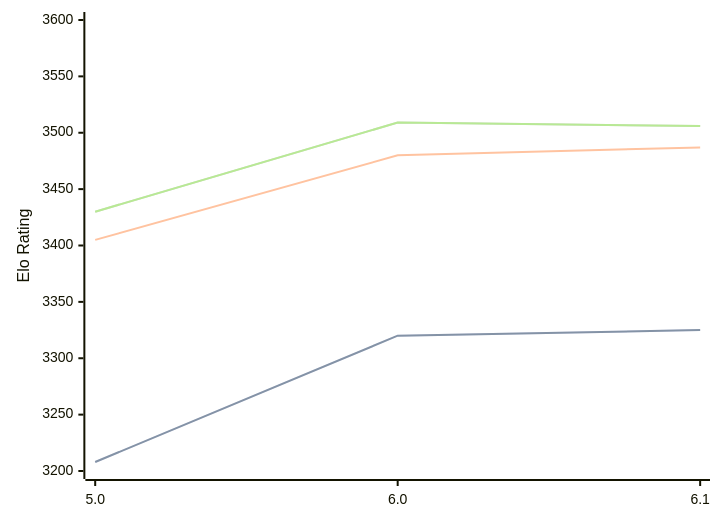
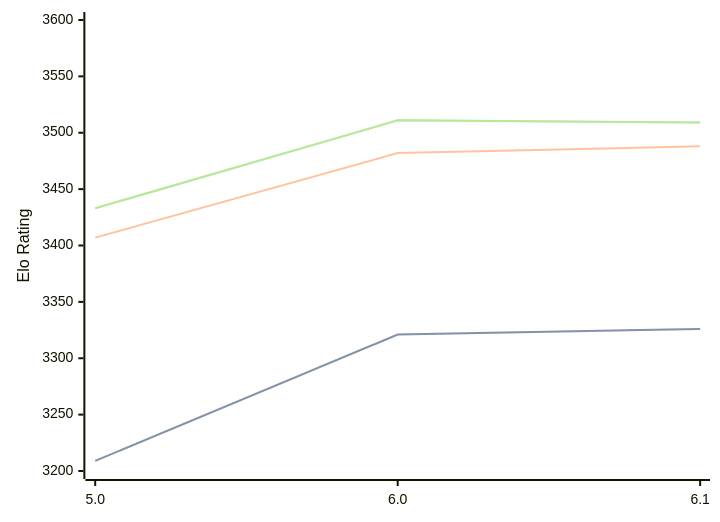
One commit to computer-chess-index/cci changed the diagram in engines/Starzix.md. Above: the diagram before and after it, drawn with Mermaid. The commit also changed other lines of this file, not shown here.

Commit message:
Update CCI Ratings (ELO VLTC) - 2026-08-23

````diff
--- a/engines/Starzix.md
+++ b/engines/Starzix.md
@@ -33,11 +33,11 @@
 ```mermaid
 %%{init: {"theme":"base","themeVariables":{"seriesColors:['#a3a3a3','#222221','#faa371']}}}%%
 xychart-beta
   x-axis ["5.0", "6.0", "6.1"]
   y-axis "Elo Rating" 3200 --> 3600
-  line "STC (8.0+0.08s)" [3208, 3320, 3325]
-  line "STC (8.0+0.08s)" [3208, 3320, 3325]
-  line "LTC (60.0+0.60s)" [3405, 3480, 3487]
-  line "VLTC (2m24s+1.12s)" [3430, 3509, 3506]
-  line "VLTC (2m24s+1.12s)" [3430, 3509, 3506]
+  line "STC (8.0+0.08s)" [3209, 3321, 3326]
+  line "STC (8.0+0.08s)" [3209, 3321, 3326]
+  line "LTC (60.0+0.60s)" [3407, 3482, 3488]
+  line "VLTC (2m24s+1.12s)" [3433, 3511, 3509]
+  line "VLTC (2m24s+1.12s)" [3433, 3511, 3509]
 ```
````
